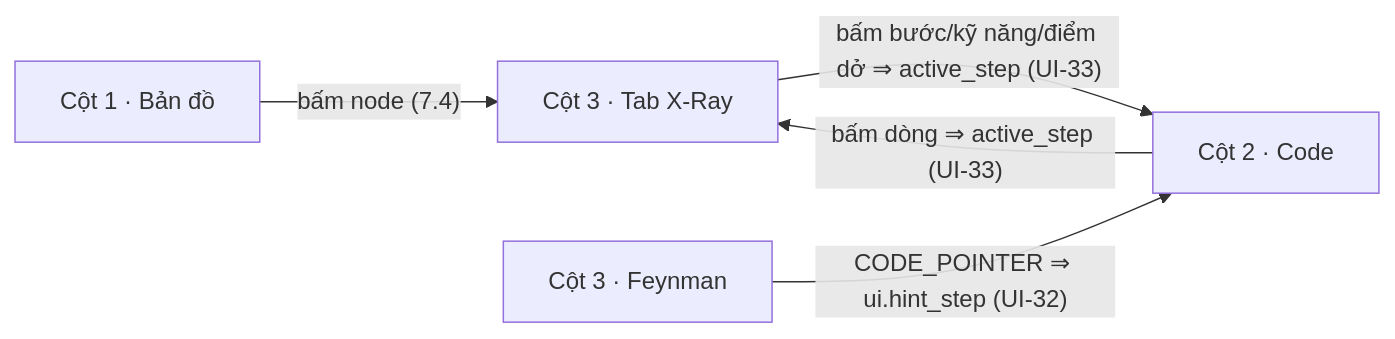
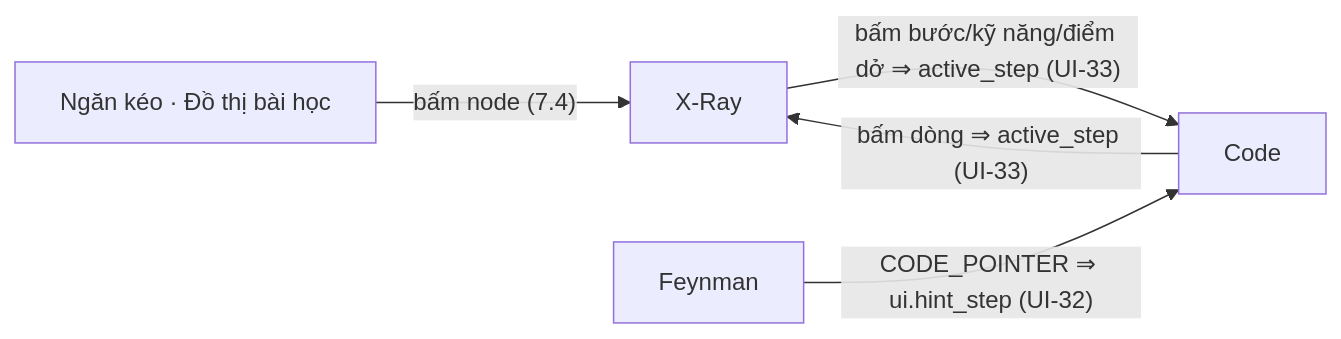
The diagram in spec/30_UI.md (huynhthanhnhannnh-pixel/Hackathon_SGU), drawn with Mermaid before and after one commit. The commit also changed other lines of this file and 16 other files, not shown here.

````diff
--- a/spec/30_UI.md
+++ b/spec/30_UI.md
@@ -17,7 +17,7 @@
 ```mermaid
 flowchart LR
-  MAP["Cột 1 · Bản đồ"] -- "bấm node (7.4)" --> XR["Cột 3 · Tab X-Ray"]
-  XR -- "bấm bước/kỹ năng/điểm dở ⇒ active_step (UI-33)" --> CODE["Cột 2 · Code"]
+  MAP["Ngăn kéo · Đồ thị bài học"] -- "bấm node (7.4)" --> XR["X-Ray"]
+  XR -- "bấm bước/kỹ năng/điểm dở ⇒ active_step (UI-33)" --> CODE["Code"]
   CODE -- "bấm dòng ⇒ active_step (UI-33)" --> XR
-  FY["Cột 3 · Feynman"] -- "CODE_POINTER ⇒ ui.hint_step (UI-32)" --> CODE
+  FY["Feynman"] -- "CODE_POINTER ⇒ ui.hint_step (UI-32)" --> CODE
 ```
````
